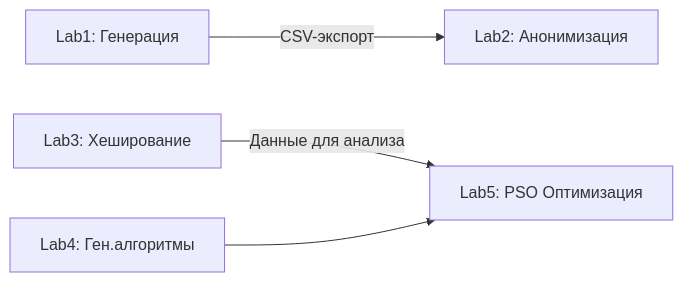
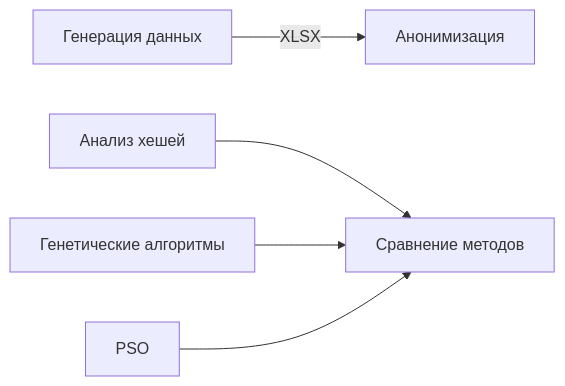
The diagram in README.md (MansurYa/3-sem-labs-for-algorithms-and-data-structures), drawn with Mermaid before and after one commit. The commit also changed other lines of this file, not shown here.

````diff
--- a/README.md
+++ b/README.md
@@ -7,6 +11,7 @@
 ```mermaid
 graph LR
-  A[Lab1: Генерация] -->|CSV-экспорт| B[Lab2: Анонимизация]
-  C[Lab3: Хеширование] --> |Данные для анализа| E[Lab5: PSO Оптимизация]
-  D[Lab4: Ген.алгоритмы] --> E
+  A[Генерация данных] -->|XLSX| B[Анонимизация]
+  C[Анализ хешей] --> D[Сравнение методов]
+  E[Генетические алгоритмы] --> D
+  F[PSO] --> D
 ```
````
